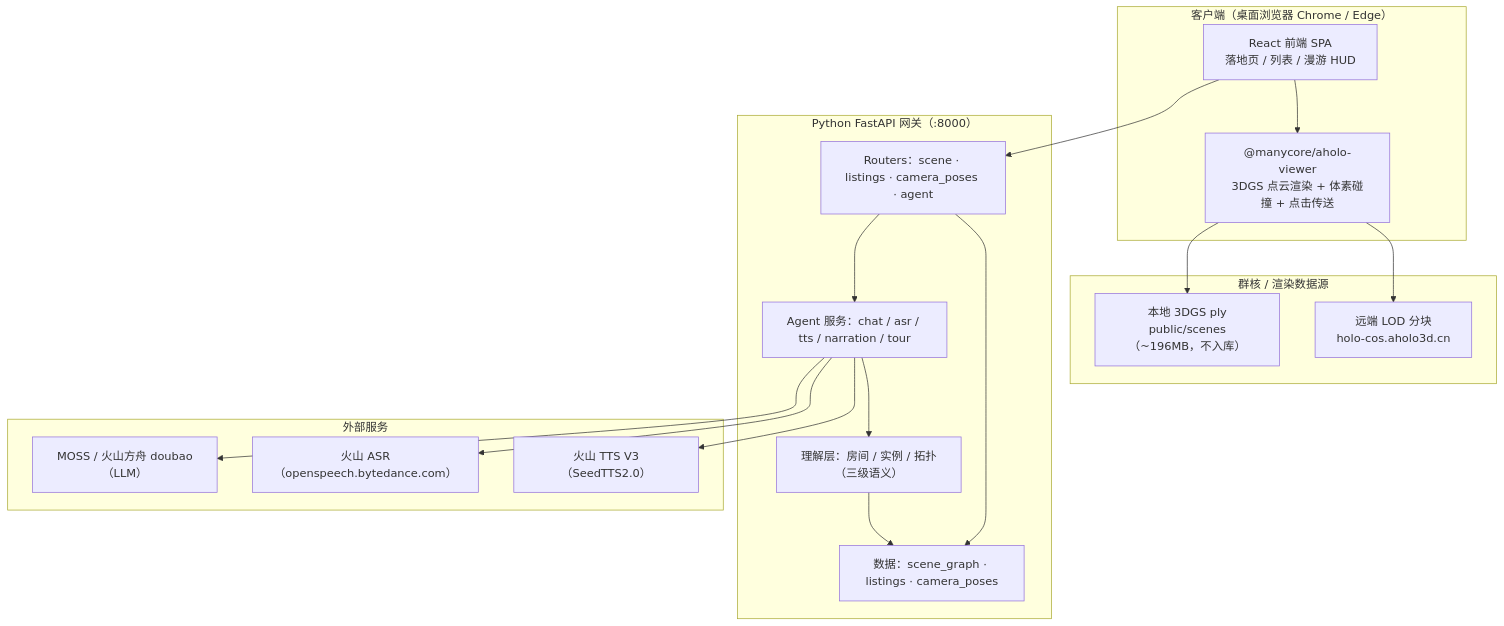
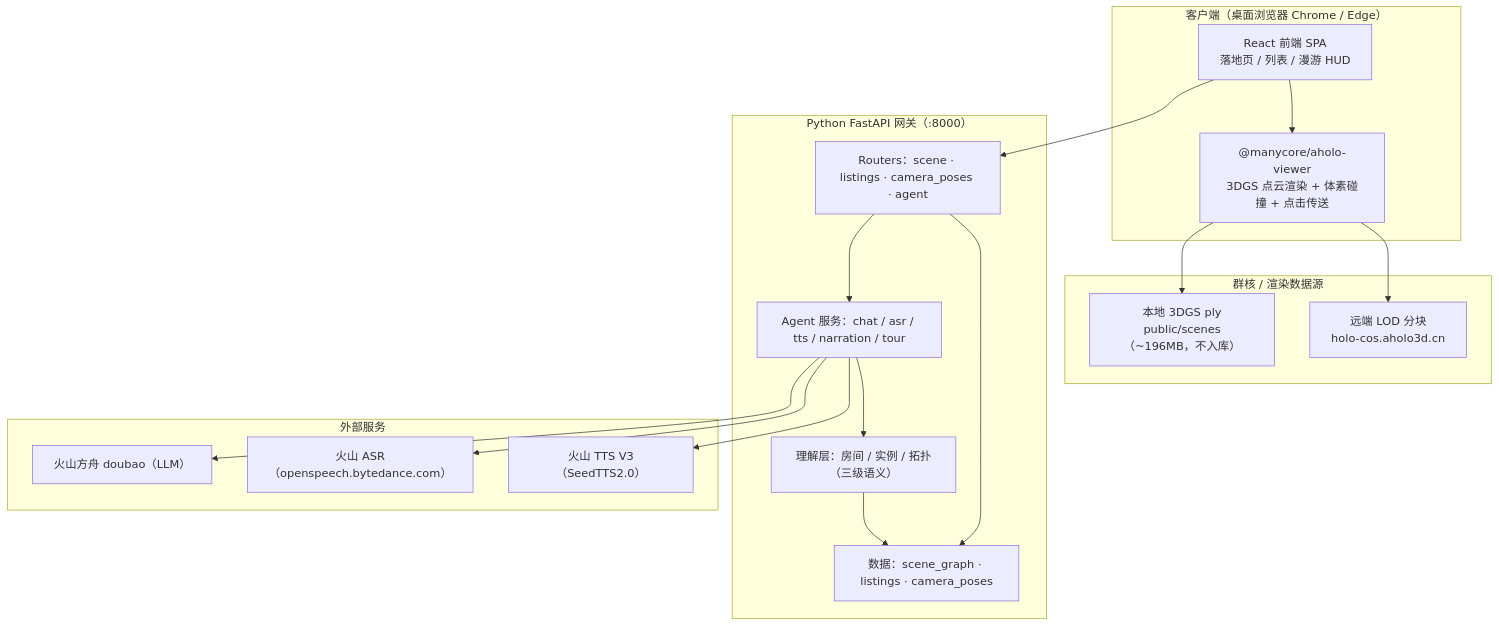
One commit to zyrwilliamsjtu/VentureD-Intelligent-house-viewing changed the first of 5 diagrams in docs/architecture.md. Above: the diagram before and after it, drawn with Mermaid. The commit also changed 15 other files, not shown here.

````diff
--- a/docs/architecture.md
+++ b/docs/architecture.md
@@ -10,37 +10,37 @@
 ```mermaid
 flowchart TB
     subgraph C["客户端（桌面浏览器 Chrome / Edge）"]
         UI["React 前端 SPA<br/>落地页 / 列表 / 漫游 HUD"]
         VIEWER["@manycore/aholo-viewer<br/>3DGS 点云渲染 + 体素碰撞 + 点击传送"]
     end
 
     subgraph RENDER["群核 / 渲染数据源"]
         PLY["本地 3DGS ply<br/>public/scenes（~196MB，不入库）"]
         LOD["远端 LOD 分块<br/>holo-cos.aholo3d.cn"]
     end
 
     subgraph GW["Python FastAPI 网关（:8000）"]
         ROUTER["Routers：scene · listings · camera_poses · agent"]
         AGENT["Agent 服务：chat / asr / tts / narration / tour"]
         UNDER["理解层：房间 / 实例 / 拓扑（三级语义）"]
         DATA["数据：scene_graph · listings · camera_poses"]
     end
 
     subgraph EXT["外部服务"]
-        LLM["MOSS / 火山方舟 doubao（LLM）"]
+        LLM["火山方舟 doubao（LLM）"]
         ASR["火山 ASR（openspeech.bytedance.com）"]
         TTS["火山 TTS V3（SeedTTS2.0）"]
     end
 
     UI --> ROUTER
     UI --> VIEWER
     VIEWER --> PLY
     VIEWER --> LOD
     ROUTER --> AGENT
     AGENT --> UNDER
     UNDER --> DATA
     AGENT --> LLM
     AGENT --> ASR
     AGENT --> TTS
     ROUTER --> DATA
 ```
````
